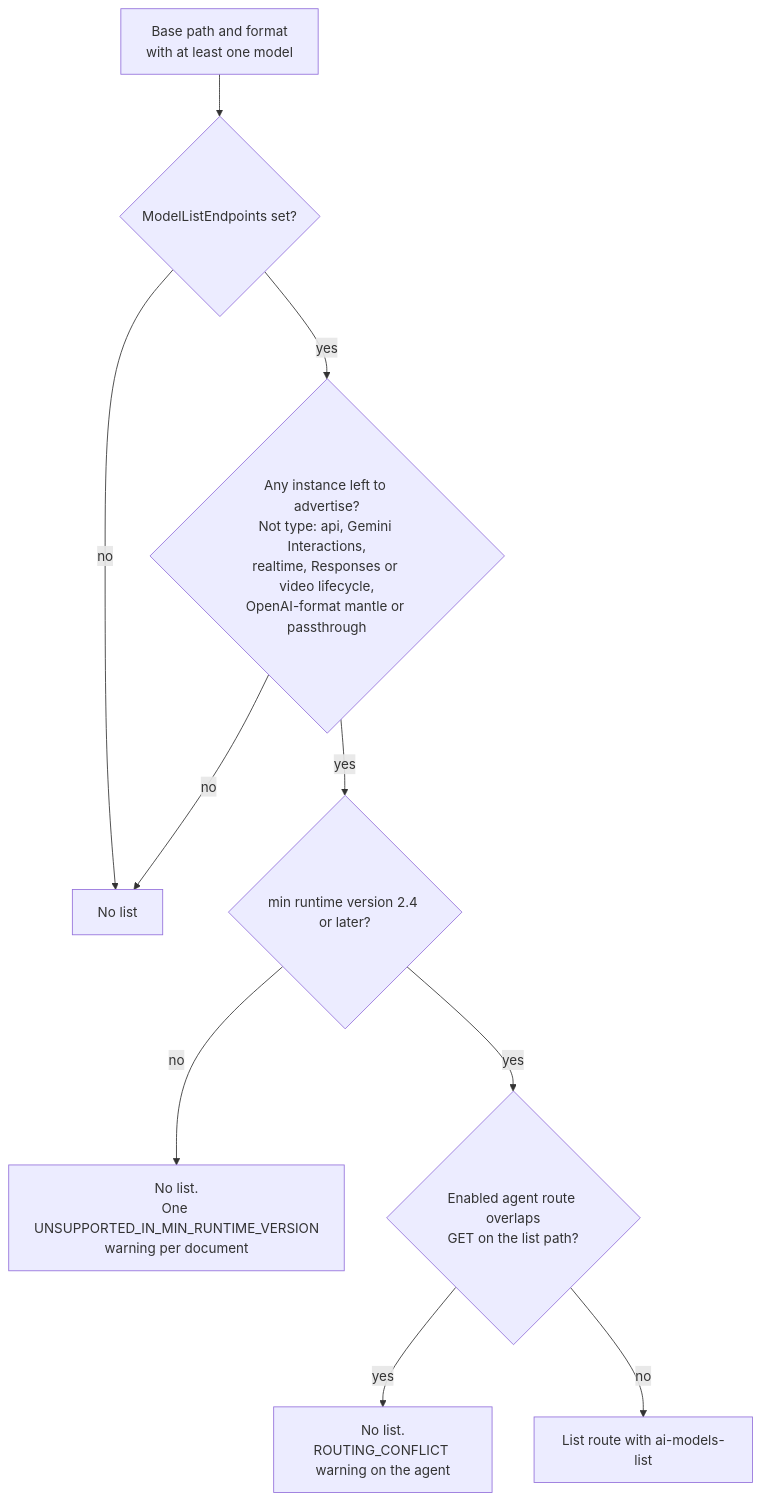
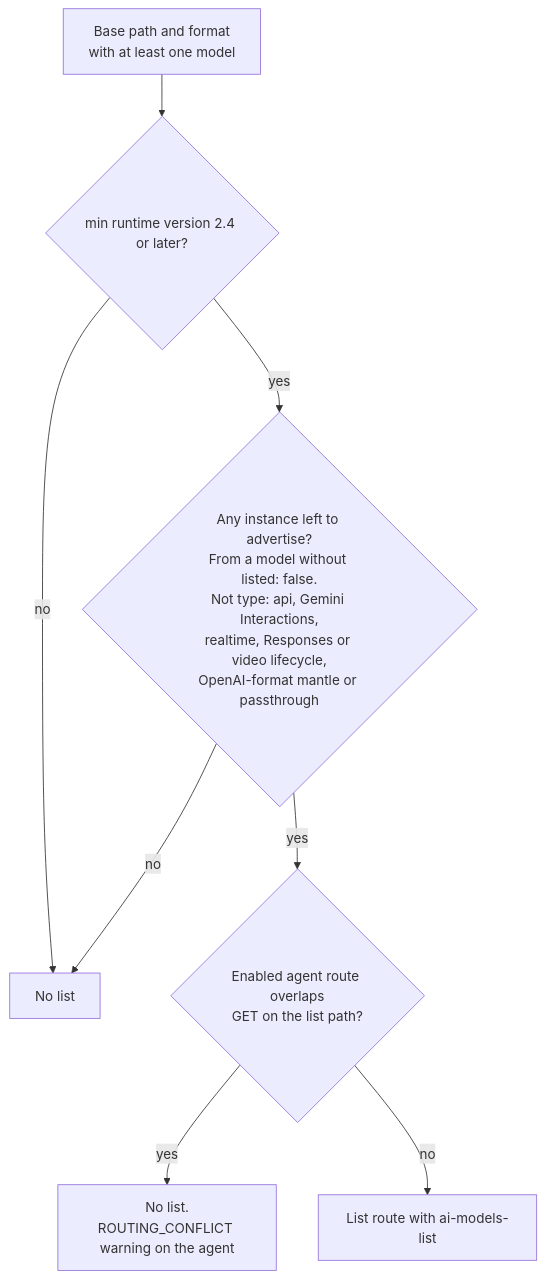
The third of 3 diagrams in docs/decisions/00231-model-list-routes.md (Kong/ai-deck-converter), drawn with Mermaid before and after one commit. The commit also changed other lines of this file, not shown here.

First line of the commit message:
docs(rfc): list by default, drop prices in 00231

````diff
--- a/docs/decisions/00231-model-list-routes.md
+++ b/docs/decisions/00231-model-list-routes.md
@@ -383,12 +375,10 @@
 ```mermaid
 flowchart TD
-    A["Base path and format<br/>with at least one model"] --> B{"ModelListEndpoints set?"}
-    B -- no --> N1["No list"]
-    B -- yes --> E{"Any instance left to advertise?<br/>Not type: api, Gemini Interactions,<br/>realtime, Responses or video lifecycle,<br/>OpenAI-format mantle or passthrough"}
+    A["Base path and format<br/>with at least one model"] --> C{"min runtime version 2.4 or later?"}
+    C -- no --> N1["No list"]
+    C -- yes --> E{"Any instance left to advertise?<br/>From a model without listed: false.<br/>Not type: api, Gemini Interactions,<br/>realtime, Responses or video lifecycle,<br/>OpenAI-format mantle or passthrough"}
     E -- no --> N1
-    E -- yes --> C{"min runtime version 2.4 or later?"}
-    C -- no --> N2["No list.<br/>One UNSUPPORTED_IN_MIN_RUNTIME_VERSION<br/>warning per document"]
-    C -- yes --> D{"Enabled agent route overlaps<br/>GET on the list path?"}
+    E -- yes --> D{"Enabled agent route overlaps<br/>GET on the list path?"}
     D -- yes --> N3["No list.<br/>ROUTING_CONFLICT warning on the agent"]
     D -- no --> Y["List route with ai-models-list"]
 ```
````
